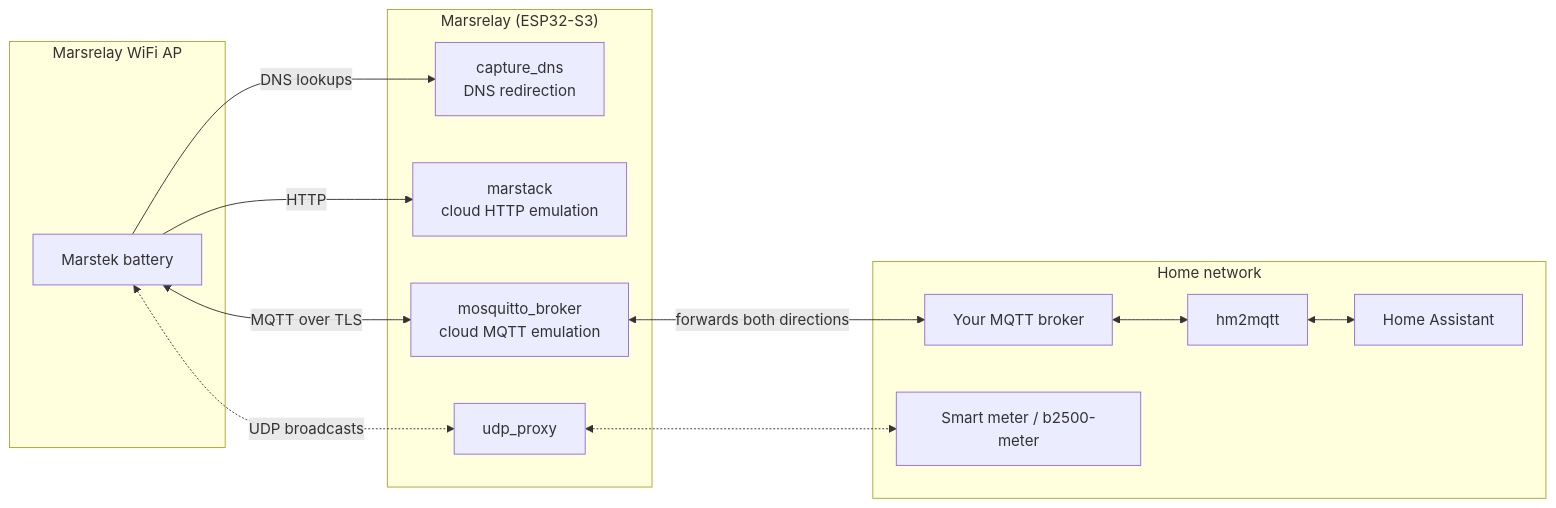
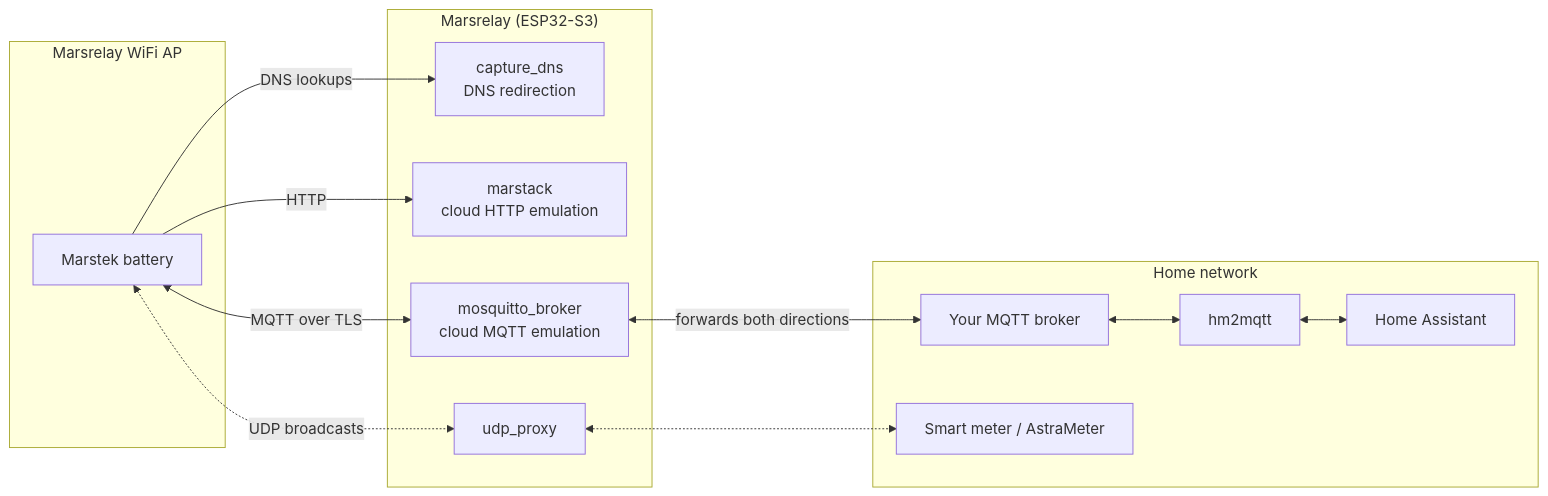
The diagram in README.md (tomquist/marsrelay), drawn with Mermaid before and after one commit. The commit also changed other lines of this file and 1 other file, not shown here.

First line of the commit message:
Update b2500-meter references to AstraMeter

````diff
--- a/README.md
+++ b/README.md
@@ -29,26 +29,26 @@
 ```mermaid
 flowchart LR
     subgraph AP["Marsrelay WiFi AP"]
         Battery[Marstek battery]
     end
     subgraph ESP["Marsrelay (ESP32-S3)"]
         DNS[capture_dns<br/>DNS redirection]
         HTTP[marstack<br/>cloud HTTP emulation]
         Broker[mosquitto_broker<br/>cloud MQTT emulation]
         UDP[udp_proxy]
     end
     subgraph Home["Home network"]
         HomeBroker[Your MQTT broker]
         HM2MQTT[hm2mqtt]
         HA[Home Assistant]
-        Meter[Smart meter / b2500-meter]
+        Meter[Smart meter / AstraMeter]
     end
     Battery -->|DNS lookups| DNS
     Battery -->|HTTP| HTTP
     Battery <-->|MQTT over TLS| Broker
     Battery <-.->|UDP broadcasts| UDP
     UDP <-.-> Meter
     Broker <-->|forwards both directions| HomeBroker
     HomeBroker <--> HM2MQTT
     HM2MQTT <--> HA
 ```
````
